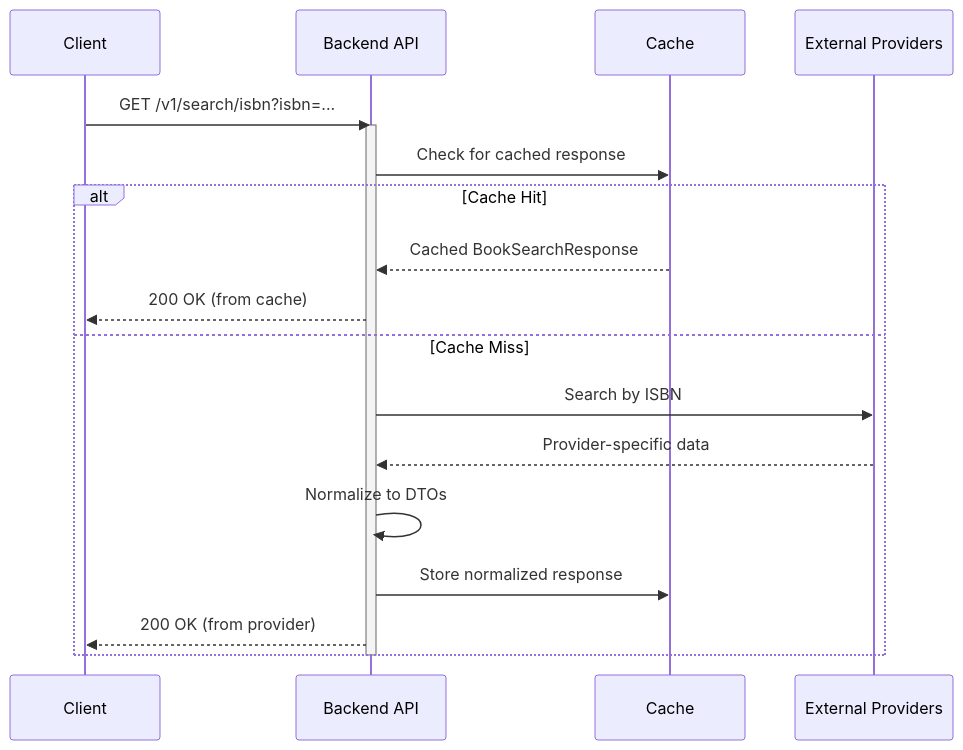
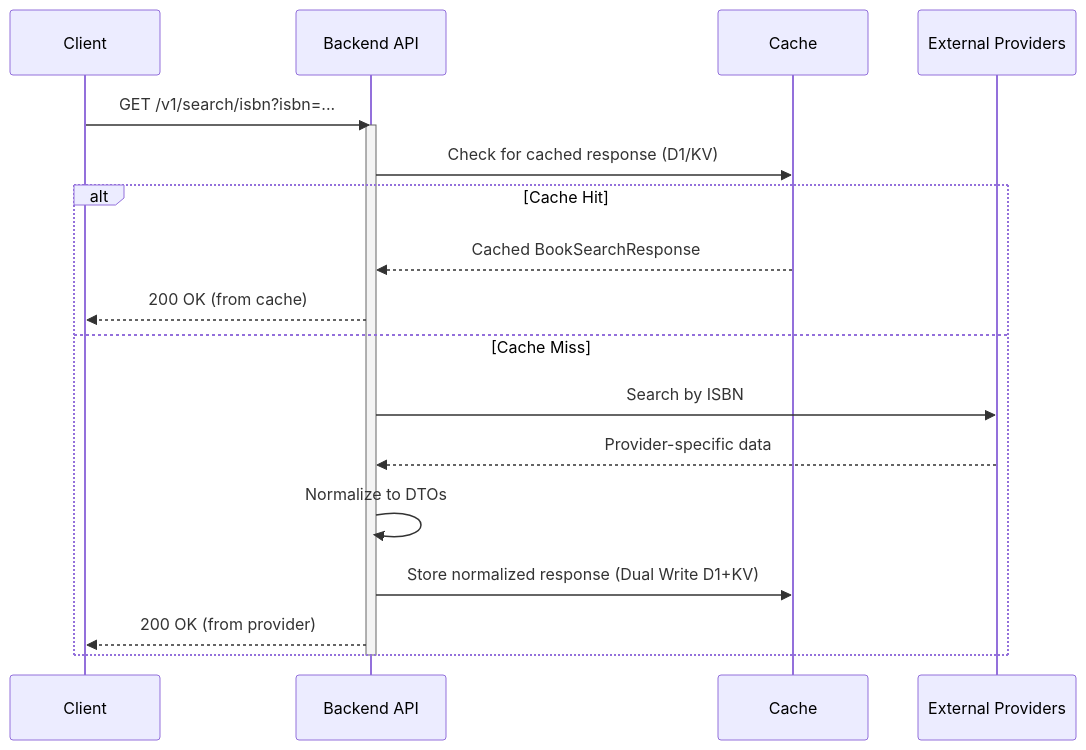
One commit to jukasdrj/bendv3 changed the fourth of 4 diagrams in docs/PRD.md. Above: the diagram before and after it, drawn with Mermaid. The commit also changed other lines of this file, not shown here.

First line of the commit message:
docs: update PRD to reflect current architecture and V2 features (#165)

````diff
--- a/docs/PRD.md
+++ b/docs/PRD.md
@@ -216,24 +236,24 @@
 ```mermaid
 sequenceDiagram
     participant Client
     participant Backend API
     participant Cache
     participant External Providers
 
     Client->>Backend API: GET /v1/search/isbn?isbn=...
     activate Backend API
 
-    Backend API->>Cache: Check for cached response
+    Backend API->>Cache: Check for cached response (D1/KV)
     alt Cache Hit
         Cache-->>Backend API: Cached BookSearchResponse
         Backend API-->>Client: 200 OK (from cache)
     else Cache Miss
         Backend API->>External Providers: Search by ISBN
         External Providers-->>Backend API: Provider-specific data
         Backend API->>Backend API: Normalize to DTOs
-        Backend API->>Cache: Store normalized response
+        Backend API->>Cache: Store normalized response (Dual Write D1+KV)
         Backend API-->>Client: 200 OK (from provider)
     end
 
     deactivate Backend API
 ```
````
